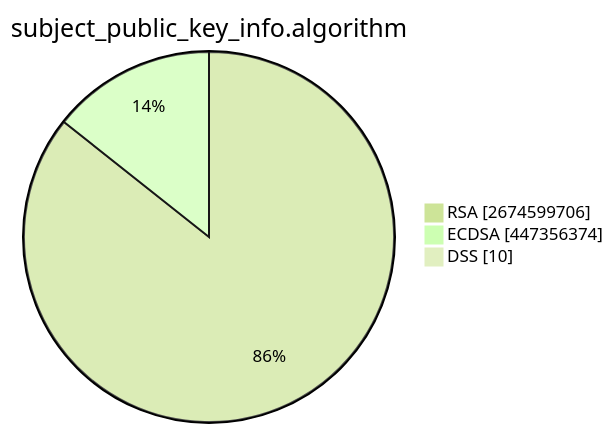
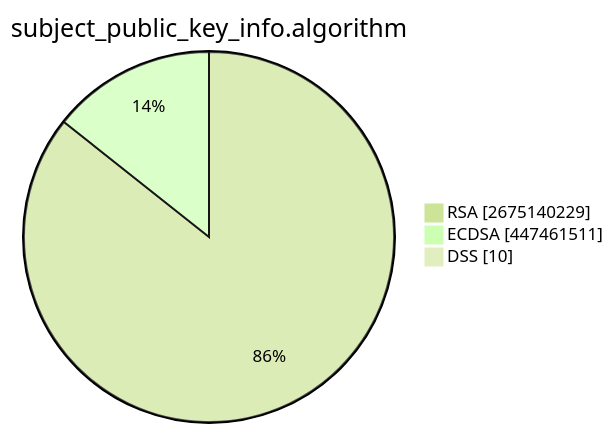
One commit to christiankrug/ctmonitor_visualization changed the second of 15 diagrams in TOTAL/README.md. Above: the diagram before and after it, drawn with Mermaid (forest theme). The commit also changed other lines of this file, not shown here.

````diff
--- a/TOTAL/README.md
+++ b/TOTAL/README.md
@@ -6,7 +6,7 @@
 ```mermaid
 pie showData
 title subject_public_key_info.algorithm
-"RSA" :2674599706
-"ECDSA" :447356374
+"RSA" :2675140229
+"ECDSA" :447461511
 "DSS" :10
 ```
````
